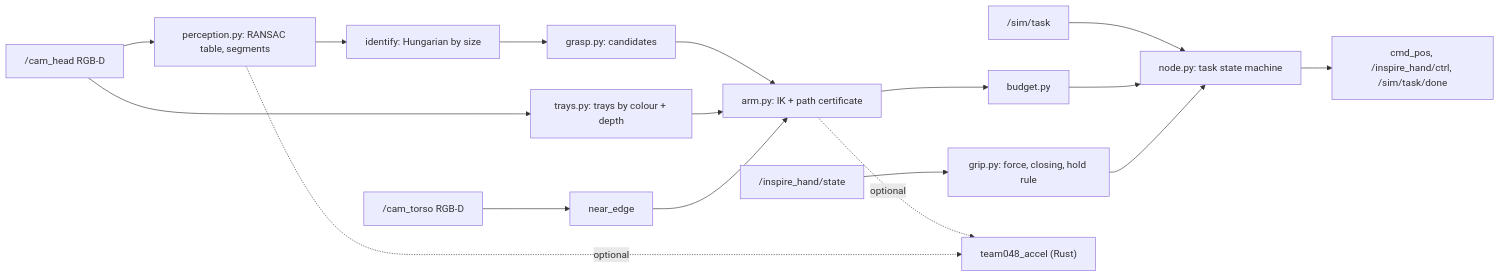
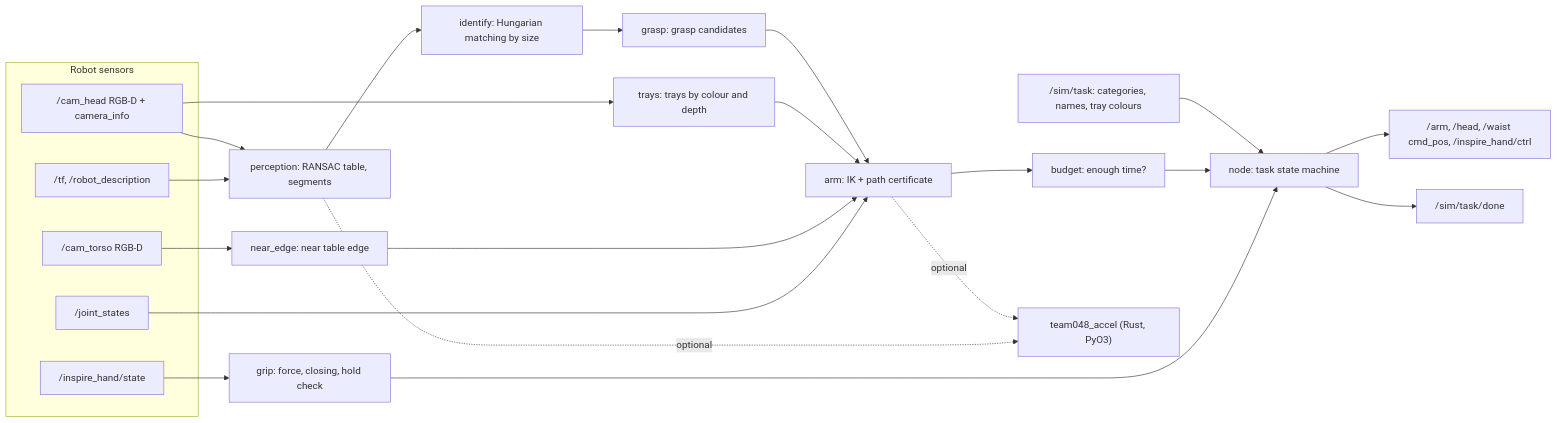
The diagram in README.en.md (KonkovDV/DeftSort), drawn with Mermaid before and after one commit. The commit also changed other lines of this file and 2 other files, not shown here.

````diff
--- a/README.en.md
+++ b/README.en.md
@@ -56,19 +67,29 @@
 ```mermaid
 flowchart LR
-  T["/sim/task"] --> N["node.py: task state machine"]
-  HC["/cam_head RGB-D"] --> P["perception.py: RANSAC table, segments"]
-  HC --> Y["trays.py: trays by colour + depth"]
-  TC["/cam_torso RGB-D"] --> E["near_edge"]
-  P --> I["identify: Hungarian by size"]
-  I --> G["grasp.py: candidates"]
-  G --> A["arm.py: IK + path certificate"]
+  subgraph S["Robot sensors"]
+    HC["/cam_head RGB-D + camera_info"]
+    TC["/cam_torso RGB-D"]
+    JS["/joint_states"]
+    IH["/inspire_hand/state"]
+    TF["/tf, /robot_description"]
+  end
+  T["/sim/task: categories, names, tray colours"] --> N
+  HC --> P["perception: RANSAC table, segments"]
+  TC --> E["near_edge: near table edge"]
+  HC --> Y["trays: trays by colour and depth"]
+  TF --> P
+  P --> I["identify: Hungarian matching by size"]
+  I --> G["grasp: grasp candidates"]
+  G --> A["arm: IK + path certificate"]
   Y --> A
   E --> A
-  A --> B["budget.py"]
-  B --> N
-  IH["/inspire_hand/state"] --> R["grip.py: force, closing, hold rule"]
+  JS --> A
+  A --> B["budget: enough time?"]
+  B --> N["node: task state machine"]
+  IH --> R["grip: force, closing, hold check"]
   R --> N
-  N --> C["cmd_pos, /inspire_hand/ctrl, /sim/task/done"]
-  A -. optional .-> X["team048_accel (Rust)"]
-  P -. optional .-> X
+  N --> C["/arm, /head, /waist cmd_pos, /inspire_hand/ctrl"]
+  N --> D["/sim/task/done"]
+  A -. "optional" .-> X["team048_accel (Rust, PyO3)"]
+  P -. "optional" .-> X
 ```
````
